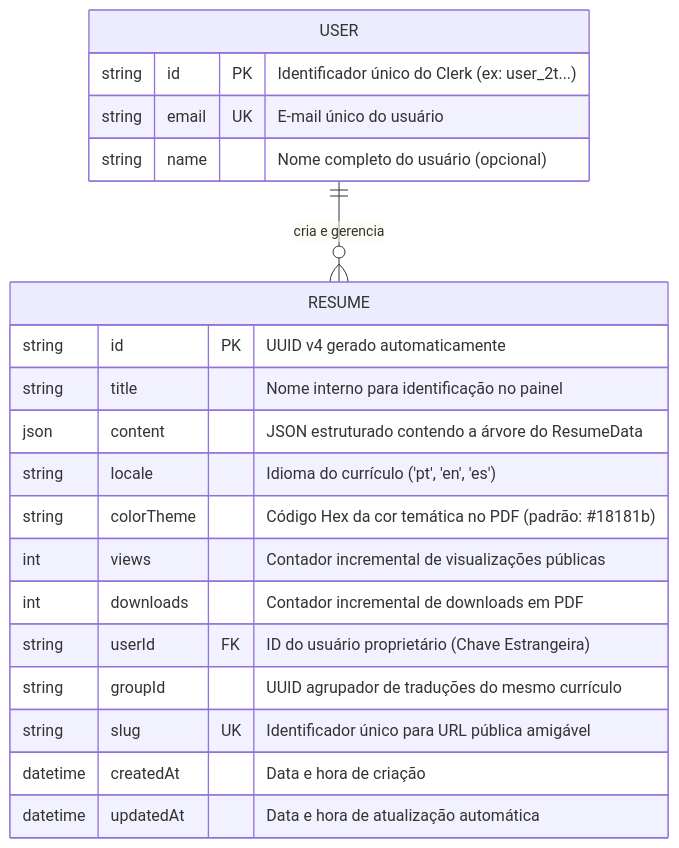
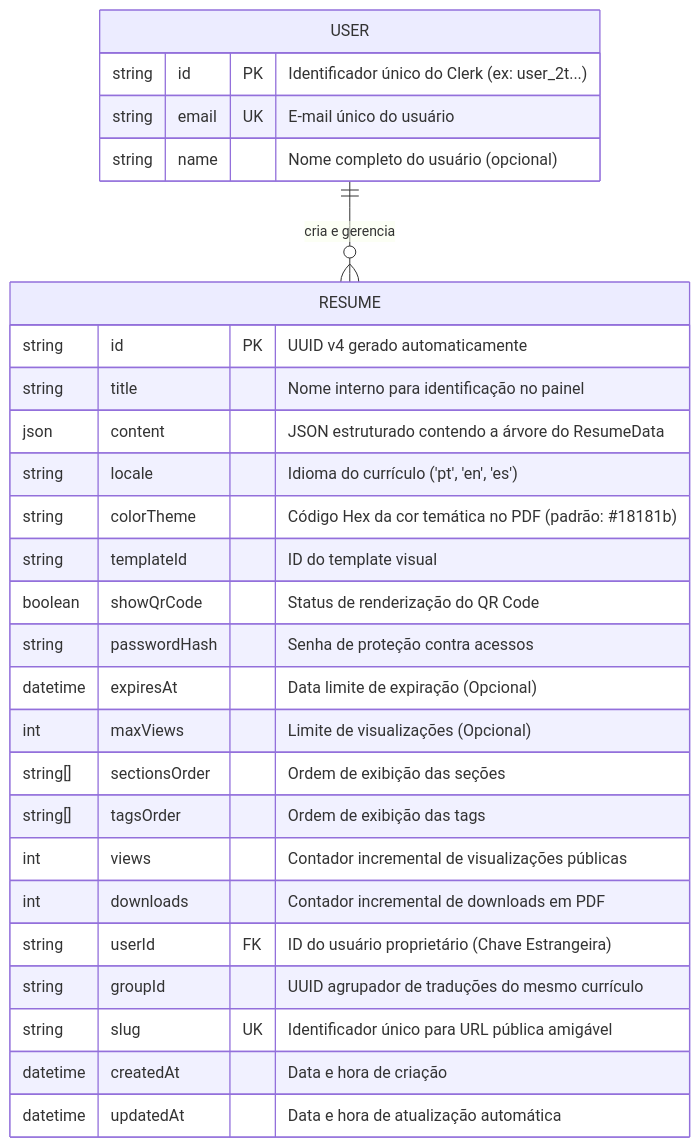
One commit to gui-bus/Lume changed the diagram in docs/database.md. Above: the diagram before and after it, drawn with Mermaid. The commit also changed other lines of this file and 6 other files, not shown here.

Commit message:
docs: update README logo, schema docs and add translations

````diff
--- a/docs/database.md
+++ b/docs/database.md
@@ -29,25 +29,32 @@
 ```mermaid
 erDiagram
     USER ||--o{ RESUME : "cria e gerencia"
 
     USER {
         string id PK "Identificador único do Clerk (ex: user_2t...)"
         string email UK "E-mail único do usuário"
         string name "Nome completo do usuário (opcional)"
     }
 
     RESUME {
         string id PK "UUID v4 gerado automaticamente"
         string title "Nome interno para identificação no painel"
         json content "JSON estruturado contendo a árvore do ResumeData"
         string locale "Idioma do currículo ('pt', 'en', 'es')"
         string colorTheme "Código Hex da cor temática no PDF (padrão: #18181b)"
+        string templateId "ID do template visual"
+        boolean showQrCode "Status de renderização do QR Code"
+        string passwordHash "Senha de proteção contra acessos"
+        datetime expiresAt "Data limite de expiração (Opcional)"
+        int maxViews "Limite de visualizações (Opcional)"
+        string[] sectionsOrder "Ordem de exibição das seções"
+        string[] tagsOrder "Ordem de exibição das tags"
         int views "Contador incremental de visualizações públicas"
         int downloads "Contador incremental de downloads em PDF"
         string userId FK "ID do usuário proprietário (Chave Estrangeira)"
         string groupId "UUID agrupador de traduções do mesmo currículo"
         string slug UK "Identificador único para URL pública amigável"
         datetime createdAt "Data e hora de criação"
         datetime updatedAt "Data e hora de atualização automática"
     }
 ```
````
